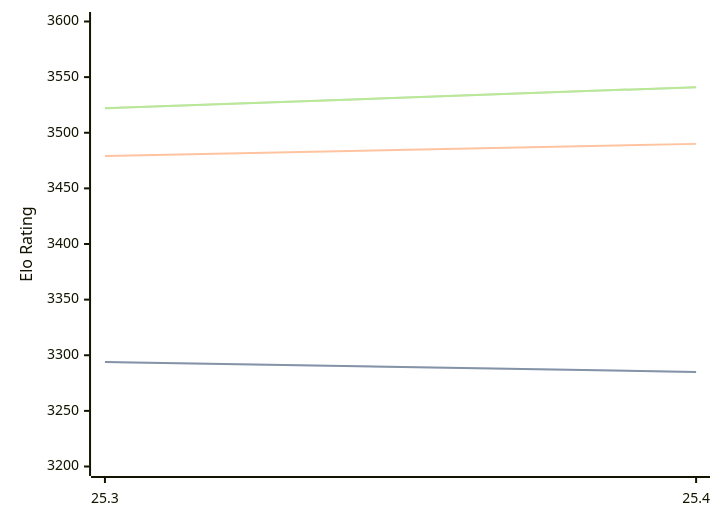
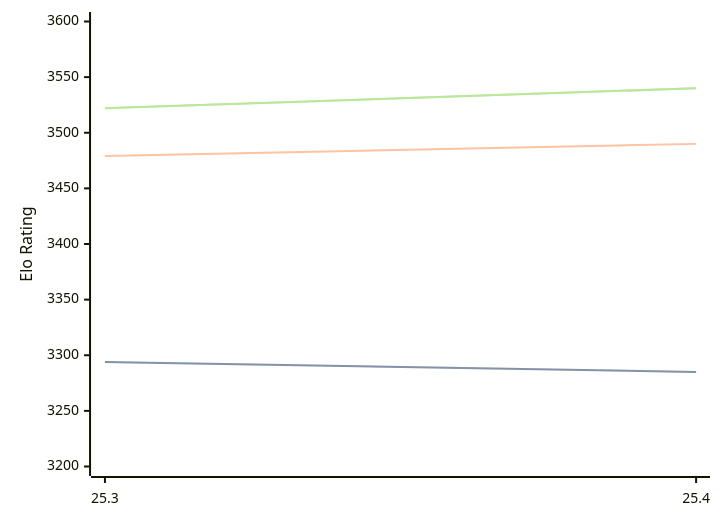
Before and after one commit to computer-chess-index/cci: the diagram in engines/Arasan.md, drawn with Mermaid. The commit also changed other lines of this file, not shown here.

Commit message:
Update CCI Ratings (ELO VLTC) - 2026-05-17

````diff
--- a/engines/Arasan.md
+++ b/engines/Arasan.md
@@ -33,11 +33,11 @@
 ```mermaid
 %%{init: {"theme":"base","themeVariables":{"seriesColors:['#a3a3a3','#222221','#faa371']}}}%%
 xychart-beta
   x-axis ["25.3", "25.4"]
   y-axis "Elo Rating" 3200 --> 3600
   line "STC (8.0+0.08s)" [3294, 3285]
   line "STC (8.0+0.08s)" [3294, 3285]
   line "LTC (60.0+0.60s)" [3479, 3490]
-  line "VLTC (2m24s+1.12s)" [3522, 3541]
-  line "VLTC (2m24s+1.12s)" [3522, 3541]
+  line "VLTC (2m24s+1.12s)" [3522, 3540]
+  line "VLTC (2m24s+1.12s)" [3522, 3540]
 ```
````
